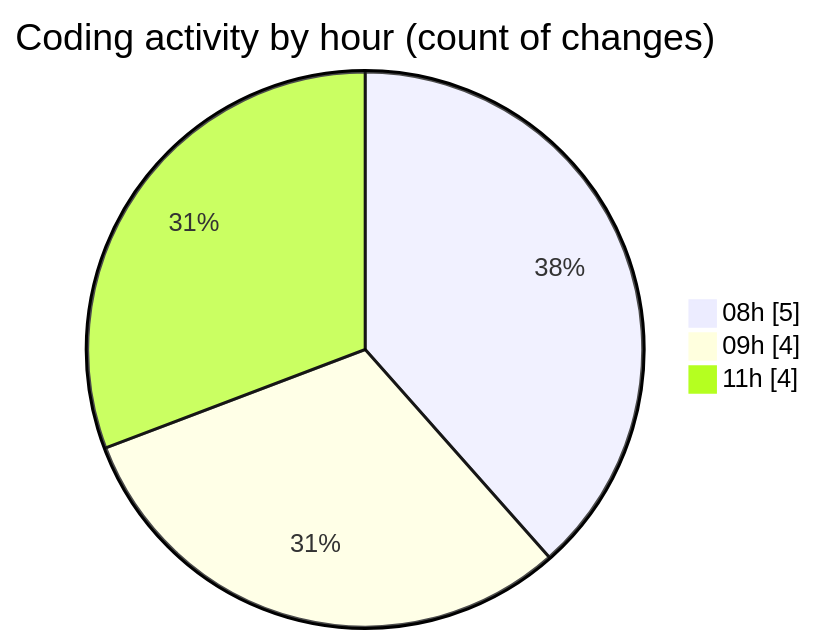
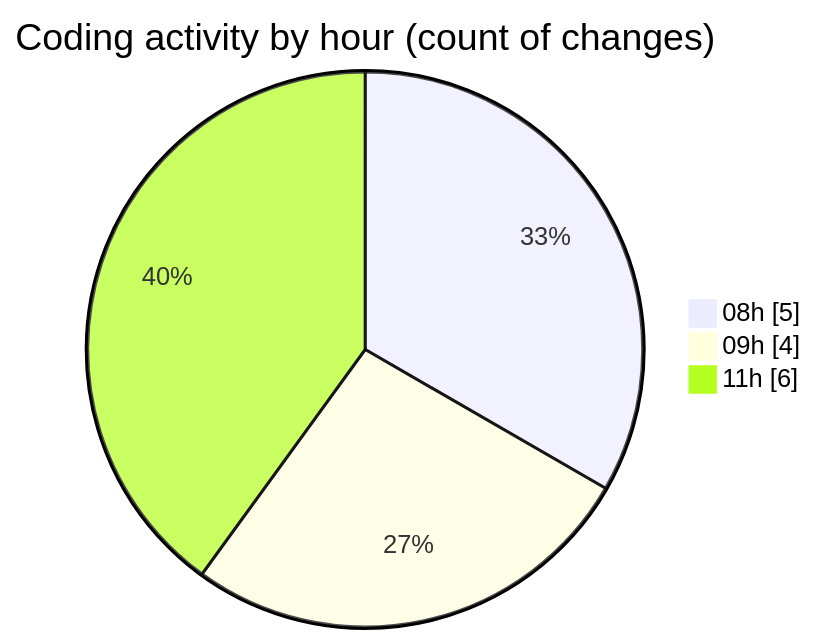
One commit to ricardozamudiocil/code-tracking changed the second of 2 diagrams in 2026-05-05/cilapp/README.md. Above: the diagram before and after it, drawn with Mermaid. The commit also changed other lines of this file and 1 other file, not shown here.

````diff
--- a/2026-05-05/cilapp/README.md
+++ b/2026-05-05/cilapp/README.md
@@ -33,7 +33,7 @@
 ```mermaid
 pie showData
 title Coding activity by hour (count of changes)
 "08h" : 5
 "09h" : 4
-"11h" : 4
+"11h" : 6
 ```
````
